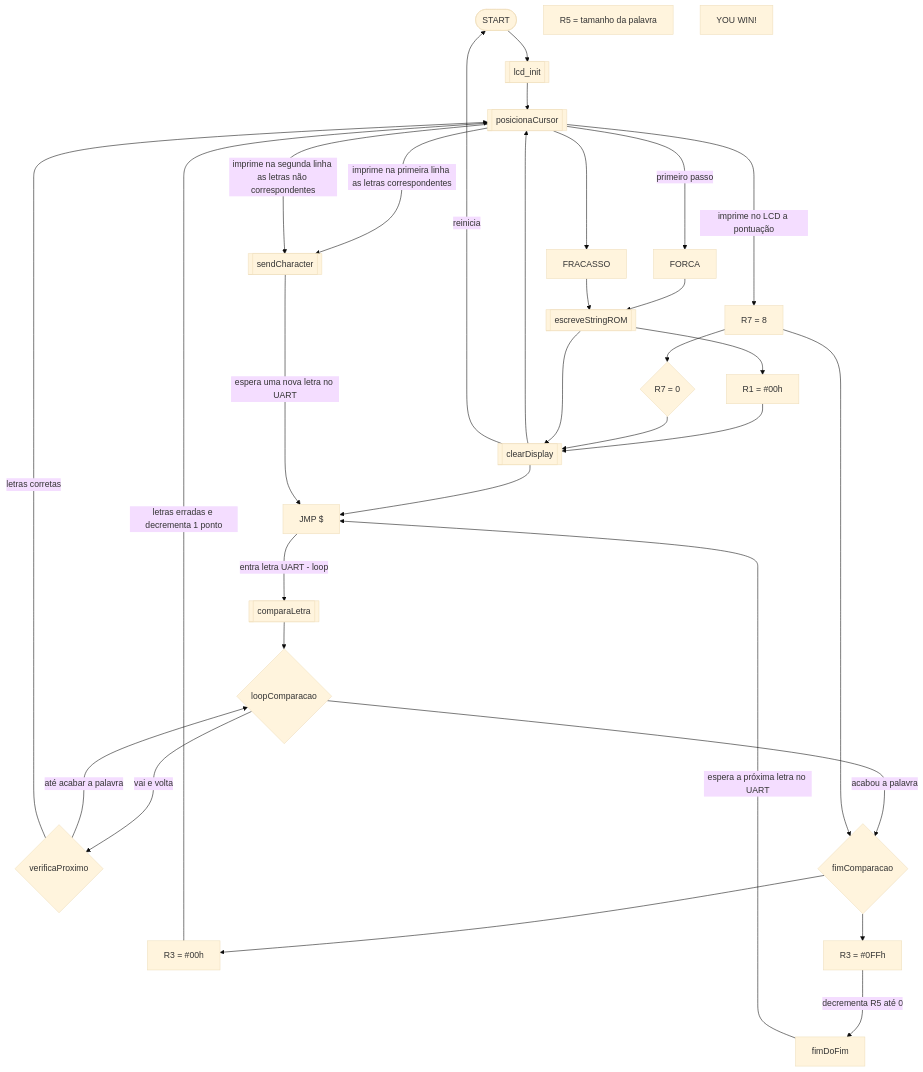
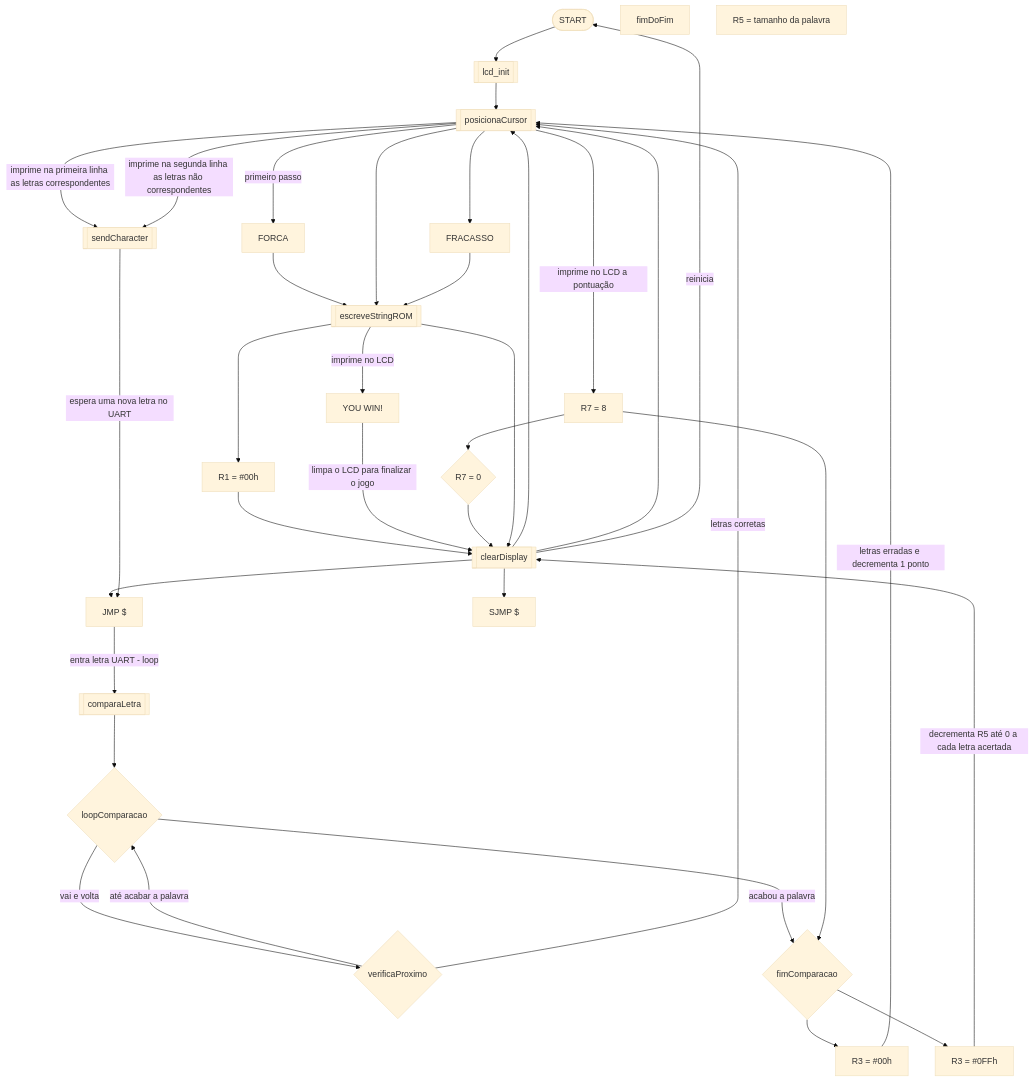
The diagram in README.md (Humbertin07/PJ.FORCA_ASSEMBLY), drawn with Mermaid (base theme) before and after one commit.

````diff
--- a/README.md
+++ b/README.md
@@ -41,39 +41,41 @@
 ```mermaid
 graph TD;
 
 start([START])
 LCD[[lcd_init]]
 ROM[[escreveStringROM]]
 cursor[[posicionaCursor]]
 display[[clearDisplay]]
 compara[[comparaLetra]]
 send[[sendCharacter]]
 aoba[FORCA]
 r1[R1 = #00h]
 r3[R3 = #00h]
 r3f[R3 = #0FFh]
 jmp[JMP $]
 loop{loopComparacao}
 verifica{verificaProximo}
 fimcomp{fimComparacao}
 fim[fimDoFim]
 r7[R7 = 8]
 r7f{R7 = 0}
 r5[R5 = tamanho da palavra]
 fraco[FRACASSO]
 ganhar[YOU WIN!]
+sjmp[SJMP $]
 
 start-->LCD-->cursor--->|primeiro passo|aoba
 aoba-->ROM-->r1-->display-->jmp
 jmp--->|entra letra UART - loop|compara
 compara-->loop--->|vai e volta|verifica--->|até acabar a palavra|loop
 verifica--->|letras corretas|cursor--->|imprime na primeira linha as letras correspondentes|send
 send--->|espera uma nova letra no UART|jmp
 loop--->|acabou a palavra|fimcomp-->r3--->|letras erradas e decrementa 1 ponto|cursor
 cursor--->|imprime na segunda linha as letras não correspondentes|send
-fimcomp-->r3f--->|decrementa R5 até 0|fim--->|espera a próxima letra no UART|jmp
+fimcomp-->r3f--->|decrementa R5 até 0 a cada letra acertada|display-->cursor-->ROM--->|imprime no LCD|ganhar
+ganhar--->|limpa o LCD para finalizar o jogo|display-->sjmp
 cursor--->|imprime no LCD a pontuação|r7-->fimcomp
 r7-->r7f-->display-->cursor-->fraco-->ROM-->display--->|reinicia|start
 
 
 ```
````
